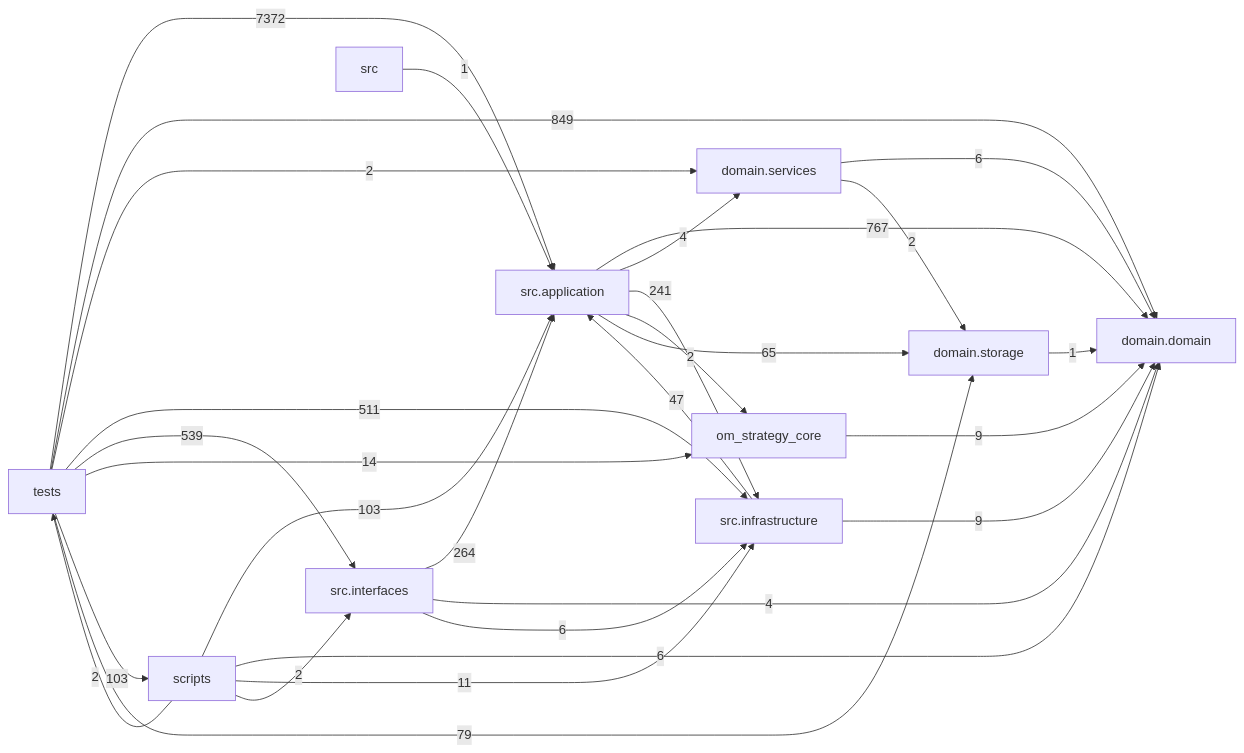
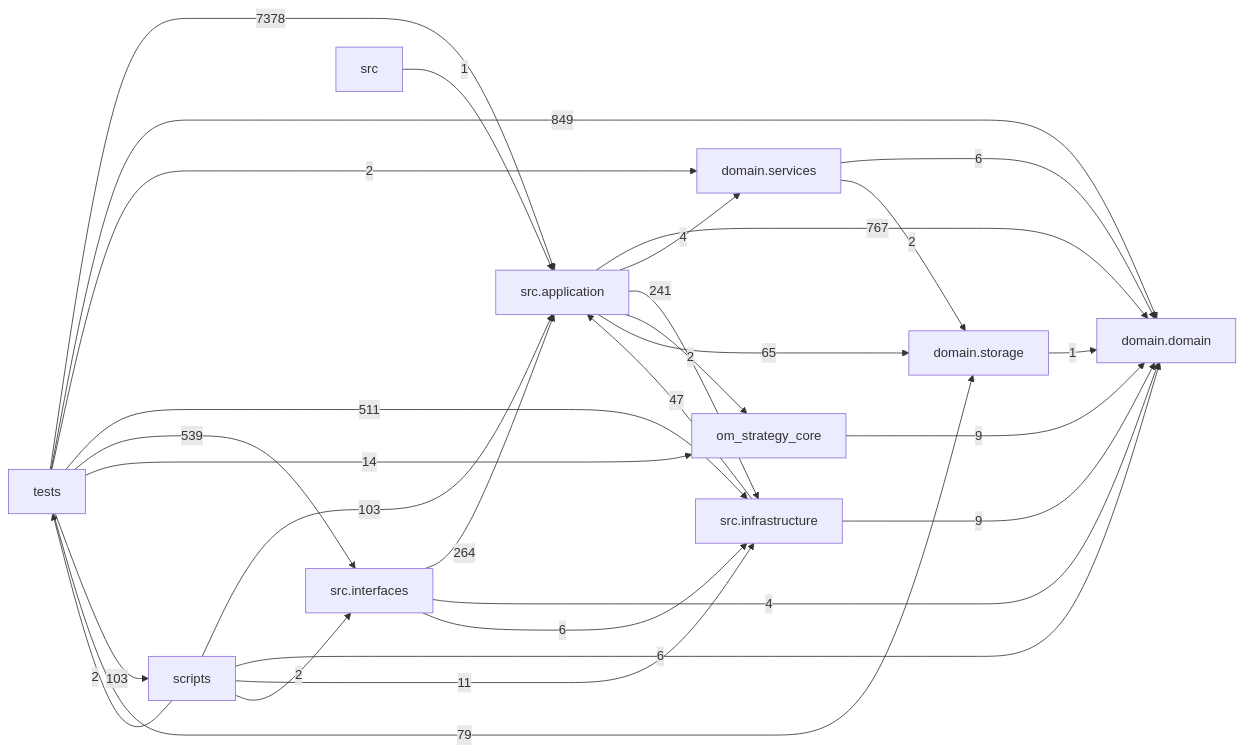
One commit to liuxie066/options-monitor changed the diagram in docs/DEPENDENCY_GRAPH.md. Above: the diagram before and after it, drawn with Mermaid. The commit also changed other lines of this file and 4 other files, not shown here.

````diff
--- a/docs/DEPENDENCY_GRAPH.md
+++ b/docs/DEPENDENCY_GRAPH.md
@@ -24,39 +24,39 @@
 ```mermaid
 flowchart LR
   tests["tests"]
   scripts["scripts"]
   interfaces["src.interfaces"]
   application["src.application"]
   infrastructure["src.infrastructure"]
   domain_services["domain.services"]
   domain["domain.domain"]
   storage["domain.storage"]
   application -->|767| domain
   application -->|4| domain_services
   application -->|241| infrastructure
   application -->|2| om_strategy_core
   application -->|65| storage
   domain_services -->|6| domain
   domain_services -->|2| storage
   infrastructure -->|47| application
   infrastructure -->|9| domain
   interfaces -->|264| application
   interfaces -->|4| domain
   interfaces -->|6| infrastructure
   om_strategy_core -->|9| domain
   scripts -->|103| application
   scripts -->|6| domain
   scripts -->|11| infrastructure
   scripts -->|2| interfaces
   scripts -->|2| tests
   src -->|1| application
   storage -->|1| domain
-  tests -->|7372| application
+  tests -->|7378| application
   tests -->|849| domain
   tests -->|2| domain_services
   tests -->|511| infrastructure
   tests -->|539| interfaces
   tests -->|14| om_strategy_core
   tests -->|103| scripts
   tests -->|79| storage
 ```
````
